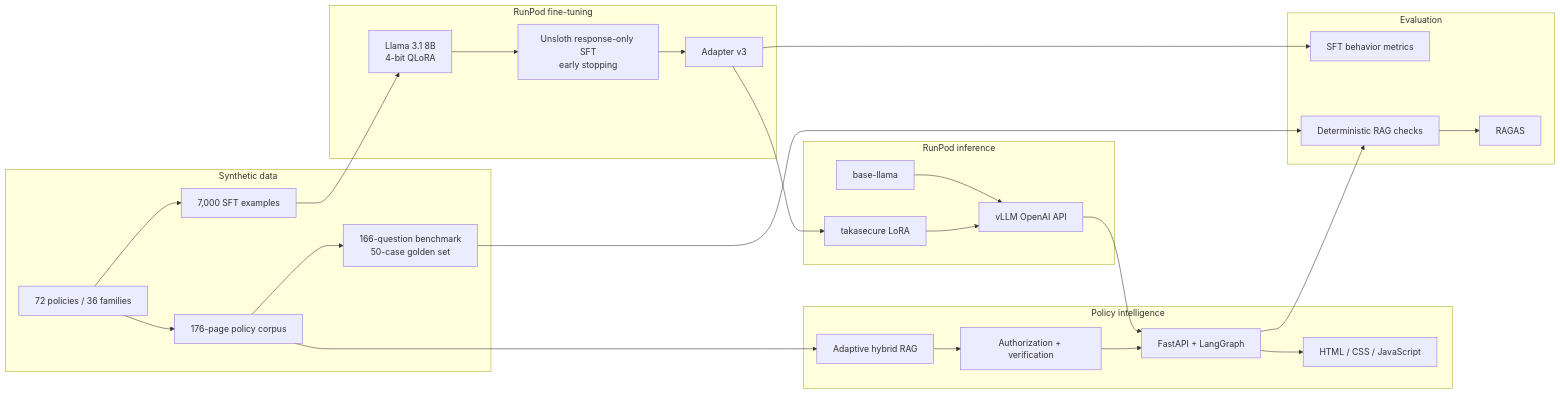
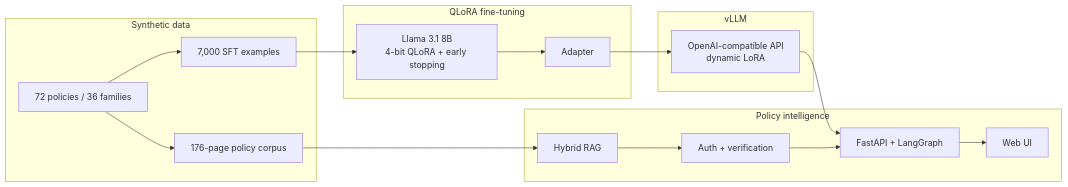
The diagram in README.md (Shoaib-33/TakaSecure-AI-based-Secure-Banking), drawn with Mermaid before and after one commit. The commit also changed other lines of this file and 1 other file, not shown here.

````diff
--- a/README.md
+++ b/README.md
@@ -91,45 +44,18 @@
 ```mermaid
 flowchart LR
     subgraph Data["Synthetic data"]
-        P["72 policies / 36 families"]
-        S["7,000 SFT examples"]
-        C["176-page policy corpus"]
-        B["166-question benchmark<br/>50-case golden set"]
-        P --> S
-        P --> C --> B
+        P["72 policies / 36 families"] --> S["7,000 SFT examples"]
+        P --> C["176-page policy corpus"]
     end
-
-    subgraph Train["RunPod fine-tuning"]
-        Q["Llama 3.1 8B<br/>4-bit QLoRA"]
-        U["Unsloth response-only SFT<br/>early stopping"]
-        A["Adapter v3"]
-        S --> Q --> U --> A
+    subgraph Train["QLoRA fine-tuning"]
+        S --> Q["Llama 3.1 8B<br/>4-bit QLoRA + early stopping"] --> A["Adapter"]
     end
-
-    subgraph Serve["RunPod inference"]
-        BASE["base-llama"]
-        LORA["takasecure LoRA"]
-        V["vLLM OpenAI API"]
-        BASE --> V
-        A --> LORA --> V
+    subgraph Serve["vLLM"]
+        A --> V["OpenAI-compatible API<br/>dynamic LoRA"]
     end
-
     subgraph App["Policy intelligence"]
-        API["FastAPI + LangGraph"]
-        RAG["Adaptive hybrid RAG"]
-        SAFE["Authorization + verification"]
-        UI["HTML / CSS / JavaScript"]
-        C --> RAG
-        V --> API
-        RAG --> SAFE --> API --> UI
-    end
-
-    subgraph Eval["Evaluation"]
-        E1["SFT behavior metrics"]
-        E2["Deterministic RAG checks"]
-        E3["RAGAS"]
-        A --> E1
-        B --> E2
-        API --> E2 --> E3
+        C --> RAG["Hybrid RAG"]
+        V --> API["FastAPI + LangGraph"]
+        RAG --> SAFE["Auth + verification"] --> API --> UI["Web UI"]
     end
 ```
````
